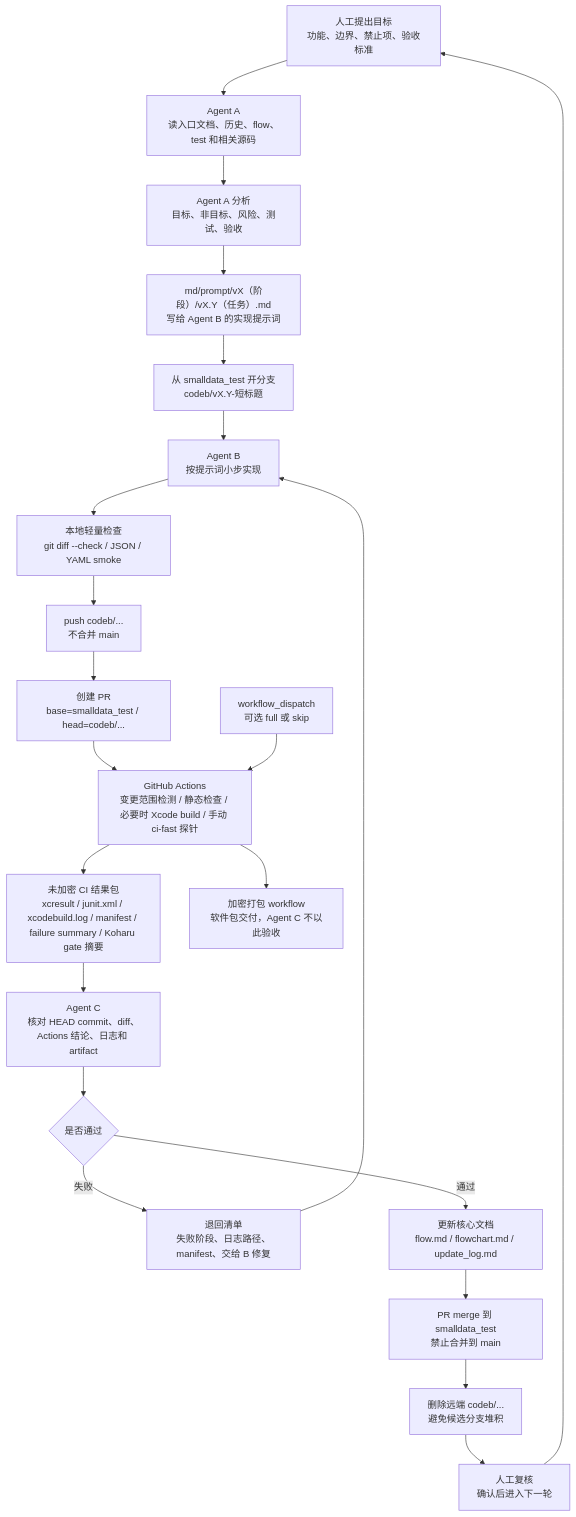
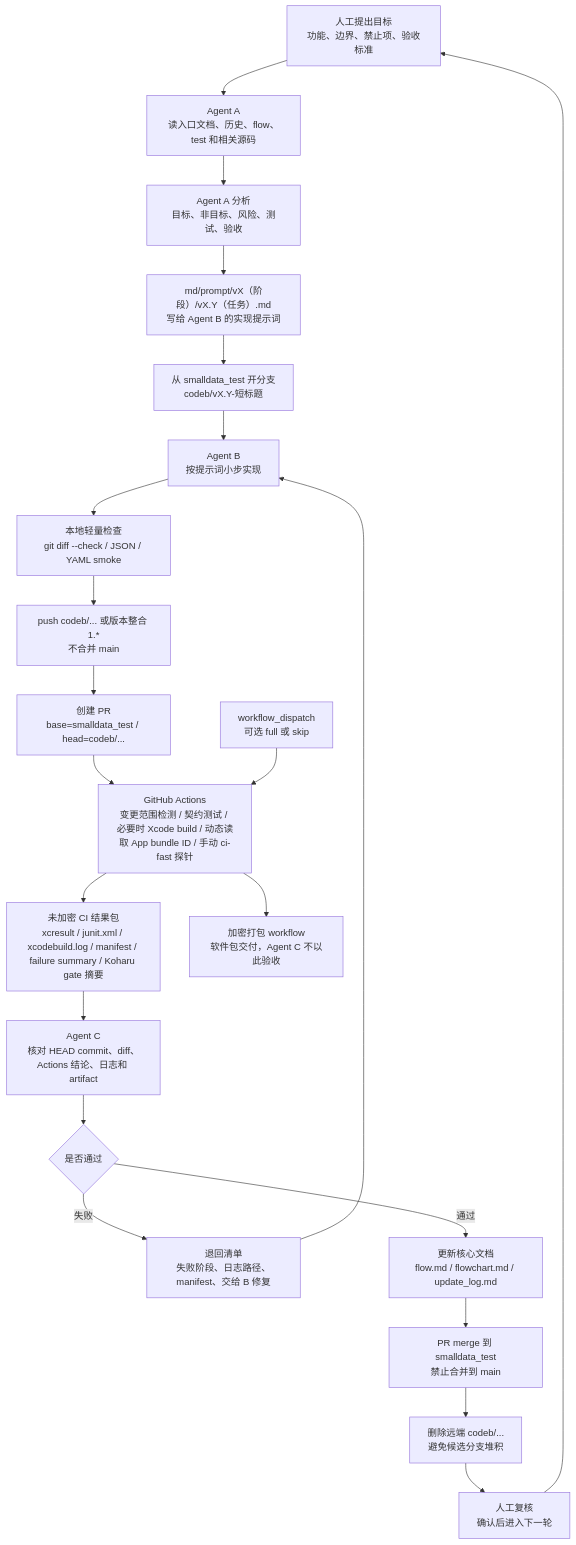
The third of 3 diagrams in md/flow/flowchart.md (bengzhu/project1_lgbt_naxida), drawn with Mermaid before and after one commit. The commit also changed other lines of this file and 11 other files, not shown here.

````diff
--- a/md/flow/flowchart.md
+++ b/md/flow/flowchart.md
@@ -225,35 +226,35 @@
 ```mermaid
 flowchart TD
   %% 人工输入：目标和约束
   H["人工提出目标<br/>功能、边界、禁止项、验收标准"] --> A1["Agent A<br/>读入口文档、历史、flow、test 和相关源码"]
 
   %% Agent A 输出版本化提示词
   A1 --> A2["Agent A 分析<br/>目标、非目标、风险、测试、验收"]
   A2 --> P["md/prompt/vX（阶段）/vX.Y（任务）.md<br/>写给 Agent B 的实现提示词"]
 
   %% Agent B 实现、轻量检查和推送
   P --> B0["从 smalldata_test 开分支<br/>codeb/vX.Y-短标题"]
   B0 --> B1["Agent B<br/>按提示词小步实现"]
   B1 --> B2["本地轻量检查<br/>git diff --check / JSON / YAML smoke"]
-  B2 --> B3["push codeb/...<br/>不合并 main"]
+  B2 --> B3["push codeb/... 或版本整合 1.*<br/>不合并 main"]
   B3 --> B4["创建 PR<br/>base=smalldata_test / head=codeb/..."]
 
   %% 云端验证和结果包
-  B4 --> G1["GitHub Actions<br/>变更范围检测 / 静态检查 / 必要时 Xcode build / 手动 ci-fast 探针"]
+  B4 --> G1["GitHub Actions<br/>变更范围检测 / 契约测试 / 必要时 Xcode build / 动态读取 App bundle ID / 手动 ci-fast 探针"]
   G0["workflow_dispatch<br/>可选 full 或 skip"] --> G1
   G1 --> G2["未加密 CI 结果包<br/>xcresult / junit.xml / xcodebuild.log / manifest / failure summary / Koharu gate 摘要"]
   G1 --> G3["加密打包 workflow<br/>软件包交付，Agent C 不以此验收"]
 
   %% Agent C 验收和文档同步
   G2 --> C1["Agent C<br/>核对 HEAD commit、diff、Actions 结论、日志和 artifact"]
   C1 --> CFail{"是否通过"}
   CFail -- "失败" --> R["退回清单<br/>失败阶段、日志路径、manifest、交给 B 修复"]
   R --> B1
   CFail -- "通过" --> C2["更新核心文档<br/>flow.md / flowchart.md / update_log.md"]
   C2 --> C3["PR merge 到 smalldata_test<br/>禁止合并到 main"]
   C3 --> C4["删除远端 codeb/...<br/>避免候选分支堆积"]
 
   %% 回到人工
   C4 --> H2["人工复核<br/>确认后进入下一轮"]
   H2 --> H
 ```
````
